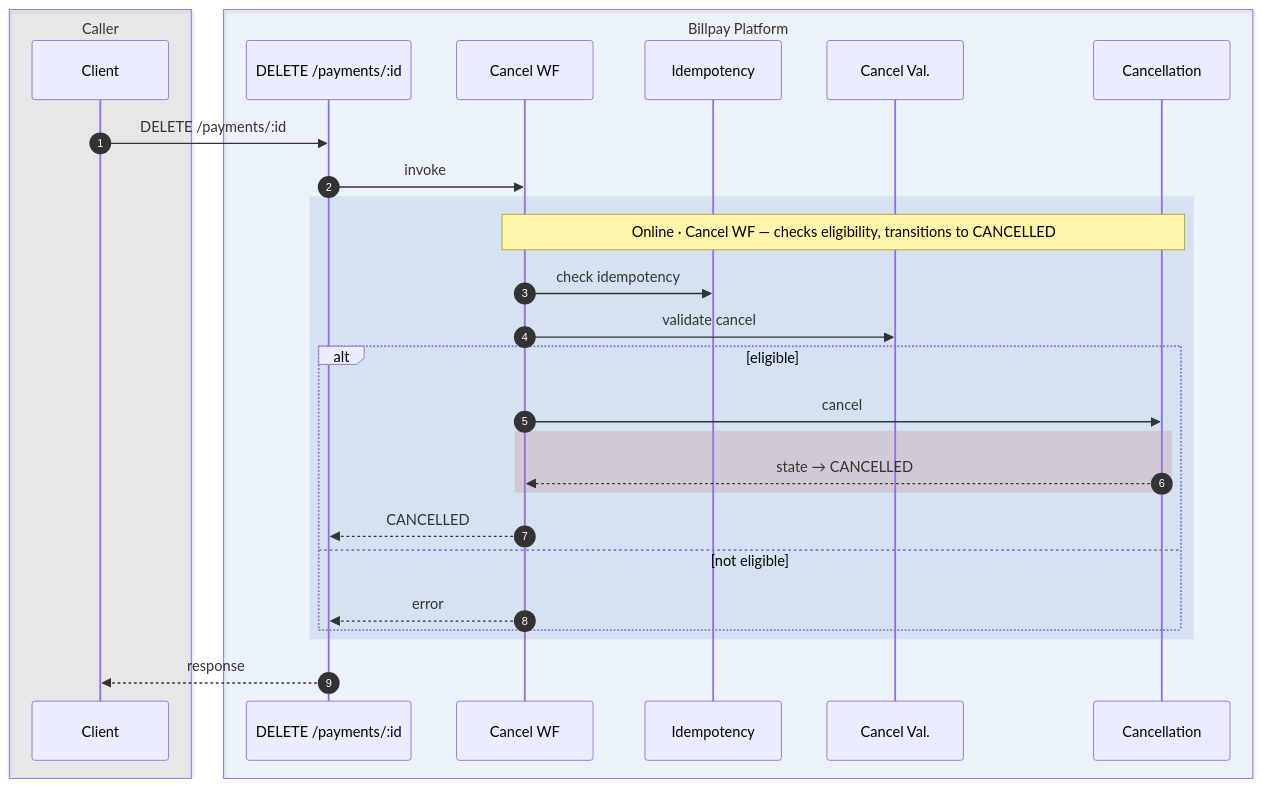
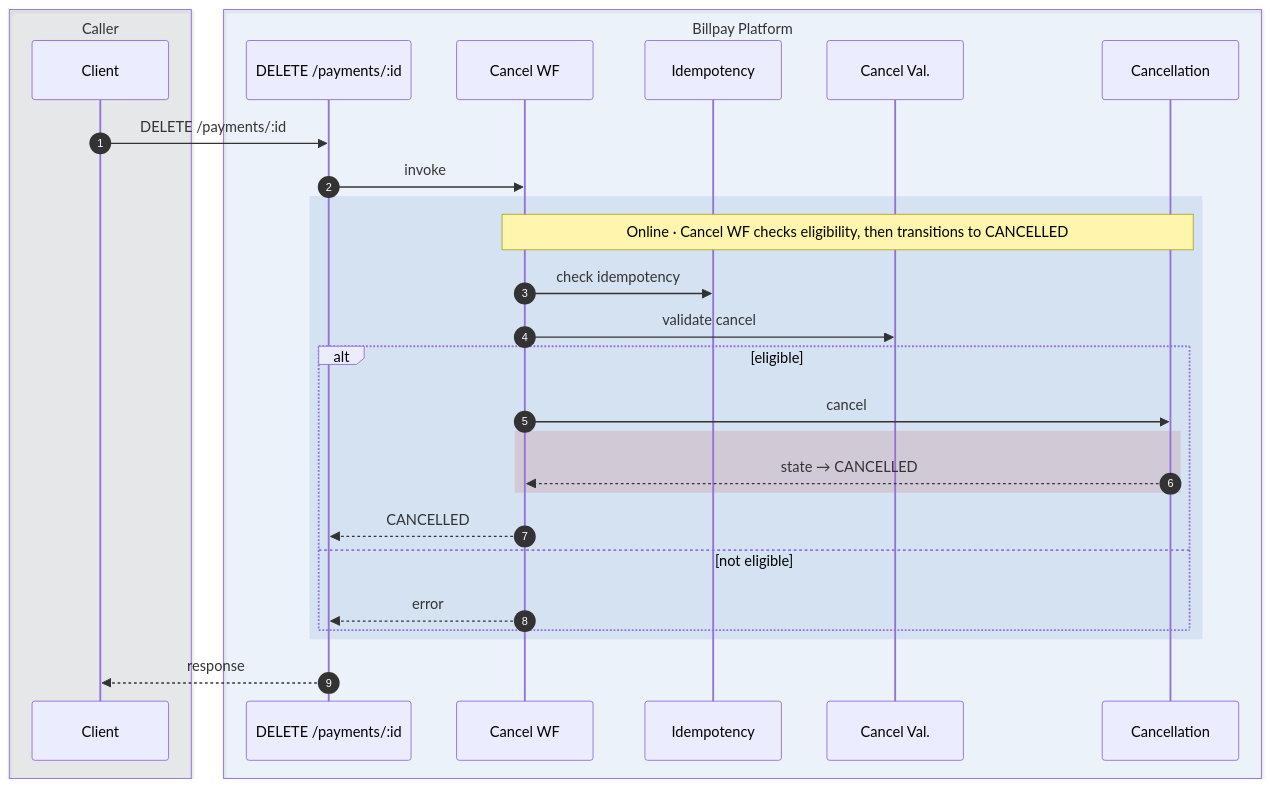
One commit to arunav-bhattacharya/billpay-book changed the sixth of 12 diagrams in website/docs/design/diagrams/sequence-diagram.md. Above: the diagram before and after it, drawn with Mermaid. The commit also changed other lines of this file and 95 other files, not shown here.

````diff
--- a/website/docs/design/diagrams/sequence-diagram.md
+++ b/website/docs/design/diagrams/sequence-diagram.md
@@ -465,36 +465,36 @@
 ```mermaid
 sequenceDiagram
   autonumber
 
   box rgba(111,124,143,0.12) Caller
     participant C as Client
   end
 
   box rgba(1,111,208,0.06) Billpay Platform
     participant API as DELETE /payments/:id
     participant CWF as Cancel WF
     participant IDEMP as Idempotency
     participant PCV as Cancel Val.
     participant PCN as Cancellation
   end
 
   C->>API: DELETE /payments/:id
   API->>CWF: invoke
 
   rect rgba(1,91,179,0.10)
-    Note over CWF,PCN: Online · Cancel WF — checks eligibility, transitions to CANCELLED
+    Note over CWF,PCN: Online · Cancel WF checks eligibility, then transitions to CANCELLED
     CWF->>IDEMP: check idempotency
     CWF->>PCV: validate cancel
     alt eligible
       CWF->>PCN: cancel
       rect rgba(192,57,43,0.14)
         PCN-->>CWF: state → CANCELLED
       end
       CWF-->>API: CANCELLED
     else not eligible
       CWF-->>API: error
     end
   end
 
   API-->>C: response
 ```
````
